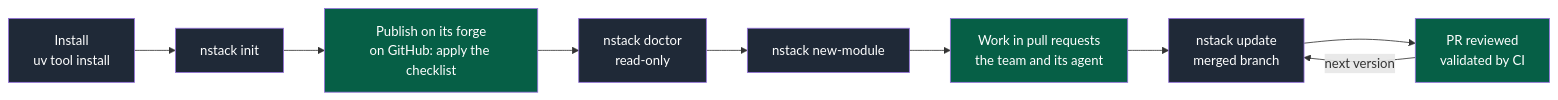
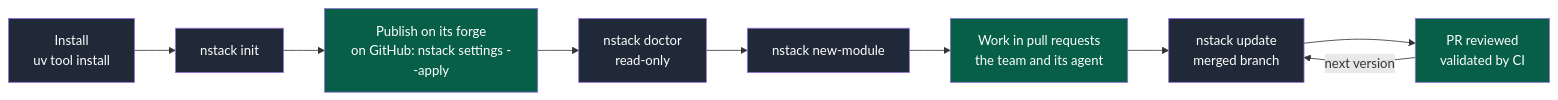
One commit to NapkinStack/engineering-os changed the first of 3 diagrams in README.md. Above: the diagram before and after it, drawn with Mermaid. The commit also changed other lines of this file and 31 other files, not shown here.

````diff
--- a/README.md
+++ b/README.md
@@ -14,14 +14,14 @@
 ```mermaid
 flowchart LR
     I["Install<br/>uv tool install"]:::cmd --> N["nstack init"]:::cmd
-    N --> G["Publish on its forge<br/>on GitHub: apply the checklist"]:::human
+    N --> G["Publish on its forge<br/>on GitHub: nstack settings --apply"]:::human
     G --> D["nstack doctor<br/>read-only"]:::cmd
     D --> M["nstack new-module"]:::cmd
     M --> W["Work in pull requests<br/>the team and its agent"]:::human
     W --> U["nstack update<br/>merged branch"]:::cmd
     U --> P["PR reviewed<br/>validated by CI"]:::human
     P -->|"next version"| U
 
     classDef cmd fill:#1f2937,color:#fff
     classDef human fill:#065f46,color:#fff
 ```
````
